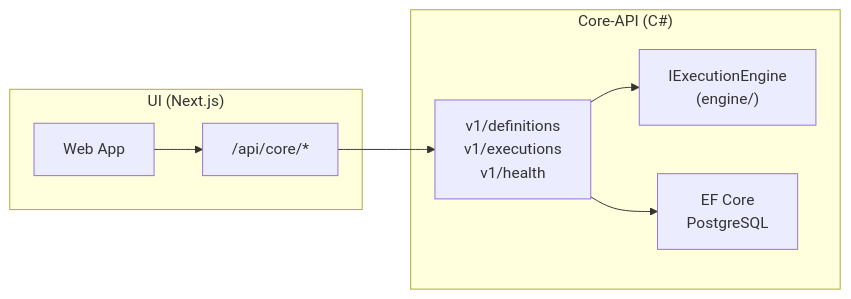
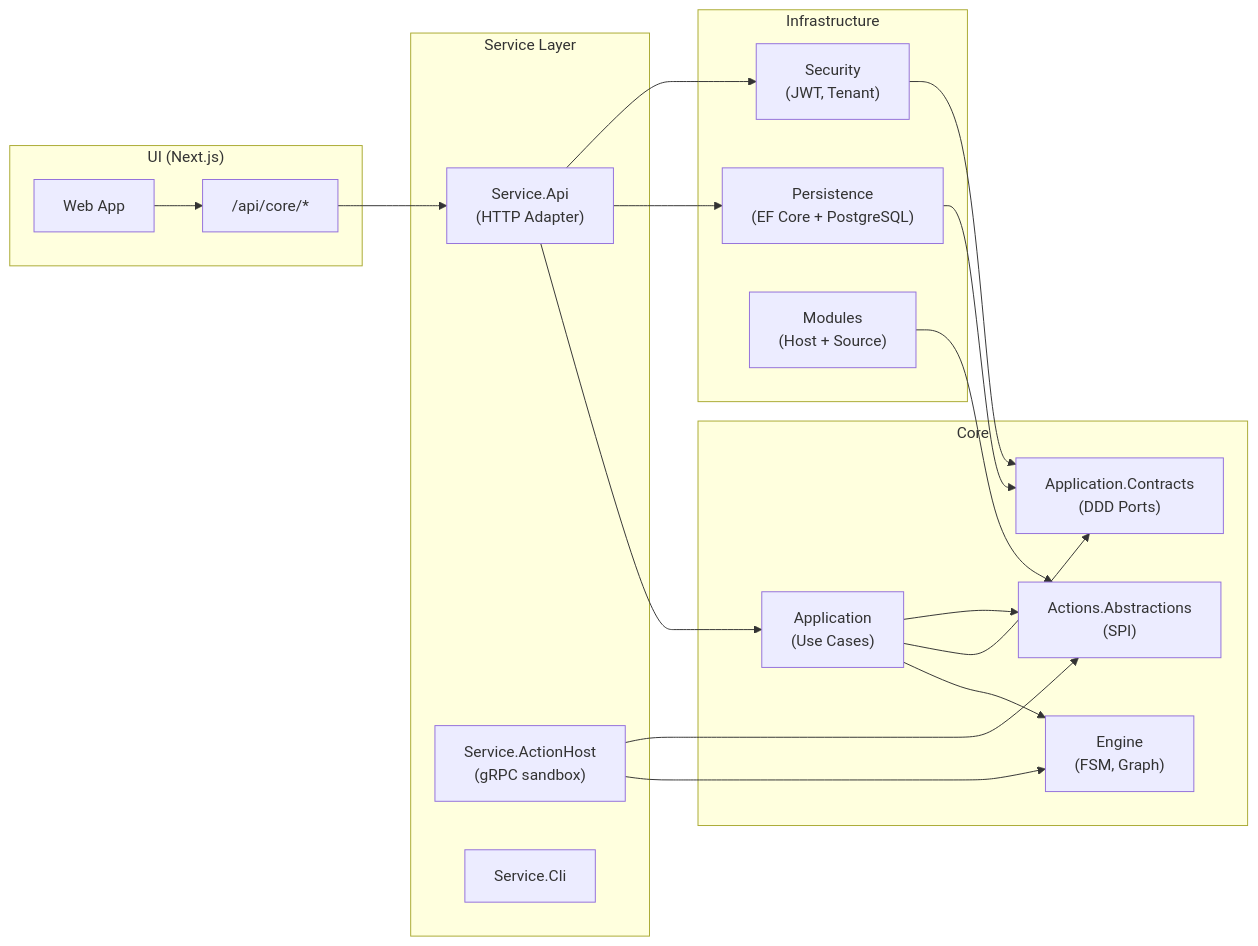
One commit to MichiharuShiba/statevia changed the diagram in docs/statevia-architecture.md. Above: the diagram before and after it, drawn with Mermaid. The commit also changed other lines of this file and 4 other files, not shown here.

Commit message:
Statevia のアーキテクチャを 4 カテゴリ構成（core/infrastructure/service/ui）に変更し、各コンポーネントの役割を明確化。ドキュメントを更新し、ディレクトリ構成を整理。

````diff
--- a/docs/statevia-architecture.md
+++ b/docs/statevia-architecture.md
@@ -26,18 +22,40 @@
 ```mermaid
 flowchart LR
   subgraph UI["UI (Next.js)"]
     Web["Web App"]
     Proxy["/api/core/*"]
   end
 
-  subgraph API["Core-API (C#)"]
-    Controllers["v1/definitions<br>v1/executions<br>v1/health"]
-    EngineRef["IExecutionEngine<br>(engine/)"]
-    Db["EF Core<br>PostgreSQL"]
+  subgraph Service["Service Layer"]
+    Api["Service.Api<br>(HTTP Adapter)"]
+    ActionHost["Service.ActionHost<br>(gRPC sandbox)"]
+    Cli["Service.Cli"]
+  end
+
+  subgraph Infra["Infrastructure"]
+    Persist["Persistence<br>(EF Core + PostgreSQL)"]
+    Security["Security<br>(JWT, Tenant)"]
+    Modules["Modules<br>(Host + Source)"]
+  end
+
+  subgraph Core["Core"]
+    App["Application<br>(Use Cases)"]
+    Contracts["Application.Contracts<br>(DDD Ports)"]
+    Engine["Engine<br>(FSM, Graph)"]
+    Actions["Actions.Abstractions<br>(SPI)"]
   end
 
   Web --> Proxy
-  Proxy --> Controllers
-  Controllers --> EngineRef
-  Controllers --> Db
+  Proxy --> Api
+  Api --> App
+  Api --> Persist
+  Api --> Security
+  App --> Engine
+  App --> Contracts
+  App --> Actions
+  Persist --> Contracts
+  Security --> Contracts
+  Modules --> Actions
+  ActionHost --> Engine
+  ActionHost --> Actions
 ```
````
